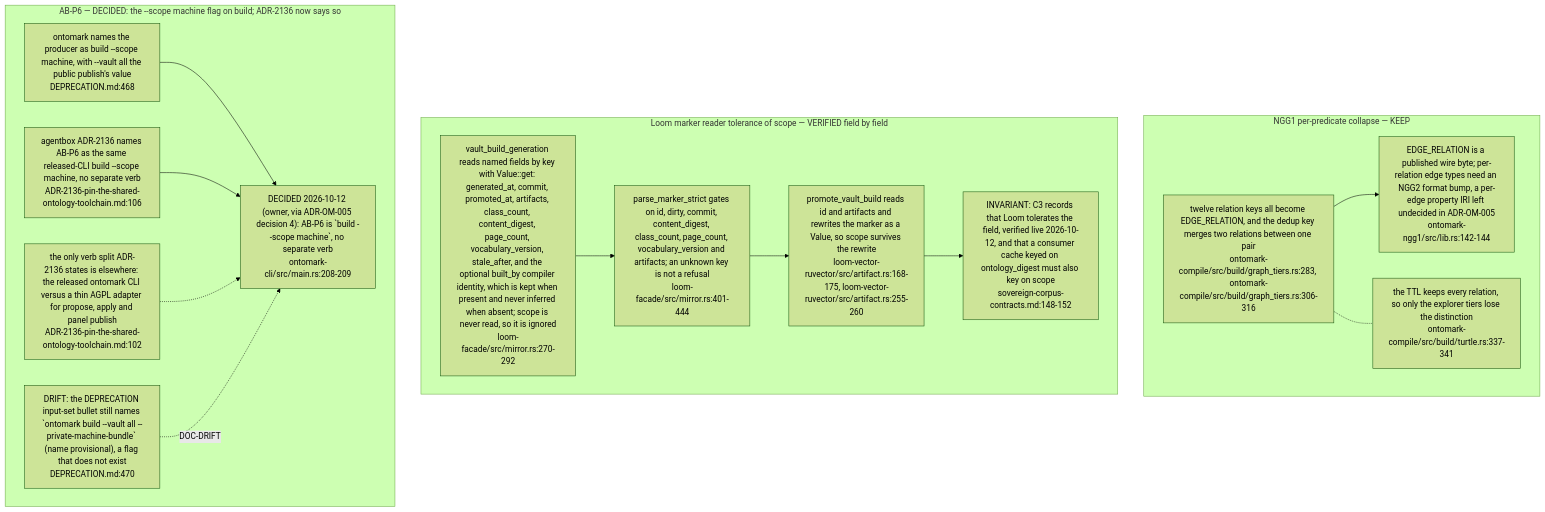
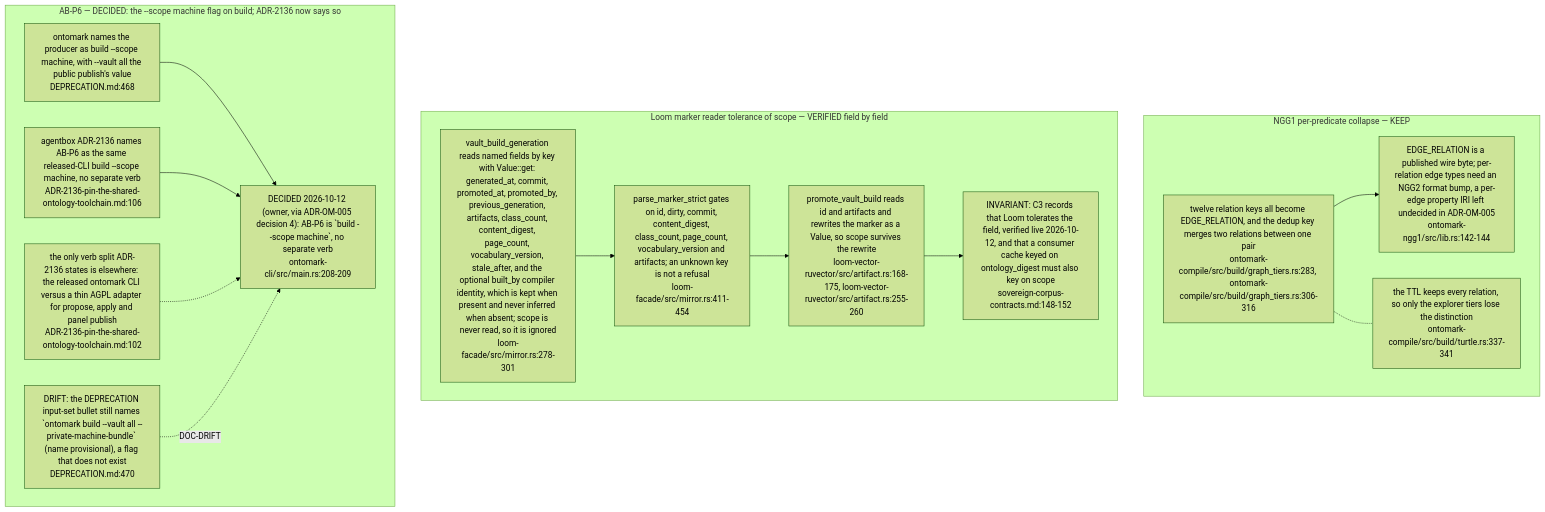
The fifth of 5 diagrams in docs/diagrams/ontomark/06-machine-scope-and-ingest-contract.md (DreamLab-AI/VisionFlow), drawn with Mermaid (forest theme) before and after one commit. The commit also changed other lines of this file and 3 other files, not shown here.

First line of the commit message:
diagrams(ontomark): re-verify OM-05, OM-06, OM-07, OM-09 at pinned heads; map whelk-el

````diff
--- a/docs/diagrams/ontomark/06-machine-scope-and-ingest-contract.md
+++ b/docs/diagrams/ontomark/06-machine-scope-and-ingest-contract.md
@@ -166,28 +166,28 @@
 ```mermaid
 flowchart TB
     subgraph NGG["NGG1 per-predicate collapse — KEEP"]
         N1["twelve relation keys all become EDGE_RELATION, and the dedup key merges two relations between one pair<br/>ontomark-compile/src/build/graph_tiers.rs:283, ontomark-compile/src/build/graph_tiers.rs:306-316"]
         N2["EDGE_RELATION is a published wire byte; per-relation edge types need an NGG2 format bump, a per-edge property IRI left undecided in ADR-OM-005<br/>ontomark-ngg1/src/lib.rs:142-144"]
         N3["the TTL keeps every relation, so only the explorer tiers lose the distinction<br/>ontomark-compile/src/build/turtle.rs:337-341"]
         N1 --> N2
         N1 -.- N3
     end
     subgraph LOOMR["Loom marker reader tolerance of scope — VERIFIED field by field"]
-        L1["vault_build_generation reads named fields by key with Value::get: generated_at, commit, promoted_at, artifacts, class_count, content_digest, page_count, vocabulary_version, stale_after, and the optional built_by compiler identity, which is kept when present and never inferred when absent; scope is never read, so it is ignored<br/>loom-facade/src/mirror.rs:270-292"]
-        L2["parse_marker_strict gates on id, dirty, commit, content_digest, class_count, page_count, vocabulary_version and artifacts; an unknown key is not a refusal<br/>loom-facade/src/mirror.rs:401-444"]
+        L1["vault_build_generation reads named fields by key with Value::get: generated_at, commit, promoted_at, promoted_by, previous_generation, artifacts, class_count, content_digest, page_count, vocabulary_version, stale_after, and the optional built_by compiler identity, which is kept when present and never inferred when absent; scope is never read, so it is ignored<br/>loom-facade/src/mirror.rs:278-301"]
+        L2["parse_marker_strict gates on id, dirty, commit, content_digest, class_count, page_count, vocabulary_version and artifacts; an unknown key is not a refusal<br/>loom-facade/src/mirror.rs:411-454"]
         L3["promote_vault_build reads id and artifacts and rewrites the marker as a Value, so scope survives the rewrite<br/>loom-vector-ruvector/src/artifact.rs:168-175, loom-vector-ruvector/src/artifact.rs:255-260"]
         L4["INVARIANT: C3 records that Loom tolerates the field, verified live 2026-10-12, and that a consumer cache keyed on ontology_digest must also key on scope<br/>sovereign-corpus-contracts.md:148-152"]
         L1 --> L2 --> L3 --> L4
     end
     subgraph ABP6["AB-P6 — DECIDED: the --scope machine flag on build; ADR-2136 now says so"]
         A1["ontomark names the producer as build --scope machine, with --vault all the public publish's value<br/>DEPRECATION.md:468"]
         A2["agentbox ADR-2136 names AB-P6 as the same released-CLI build --scope machine, no separate verb<br/>ADR-2136-pin-the-shared-ontology-toolchain.md:106"]
         A3["the only verb split ADR-2136 states is elsewhere: the released ontomark CLI versus a thin AGPL adapter for propose, apply and panel publish<br/>ADR-2136-pin-the-shared-ontology-toolchain.md:102"]
         A4["DECIDED 2026-10-12 (owner, via ADR-OM-005 decision 4): AB-P6 is `build --scope machine`, no separate verb<br/>ontomark-cli/src/main.rs:208-209"]
         A5["DRIFT: the DEPRECATION input-set bullet still names `ontomark build --vault all --private-machine-bundle` (name provisional), a flag that does not exist<br/>DEPRECATION.md:470"]
         A1 --> A4
         A2 --> A4
         A3 -.-> A4
         A5 -.->|DOC-DRIFT| A4
     end
 ```
````
